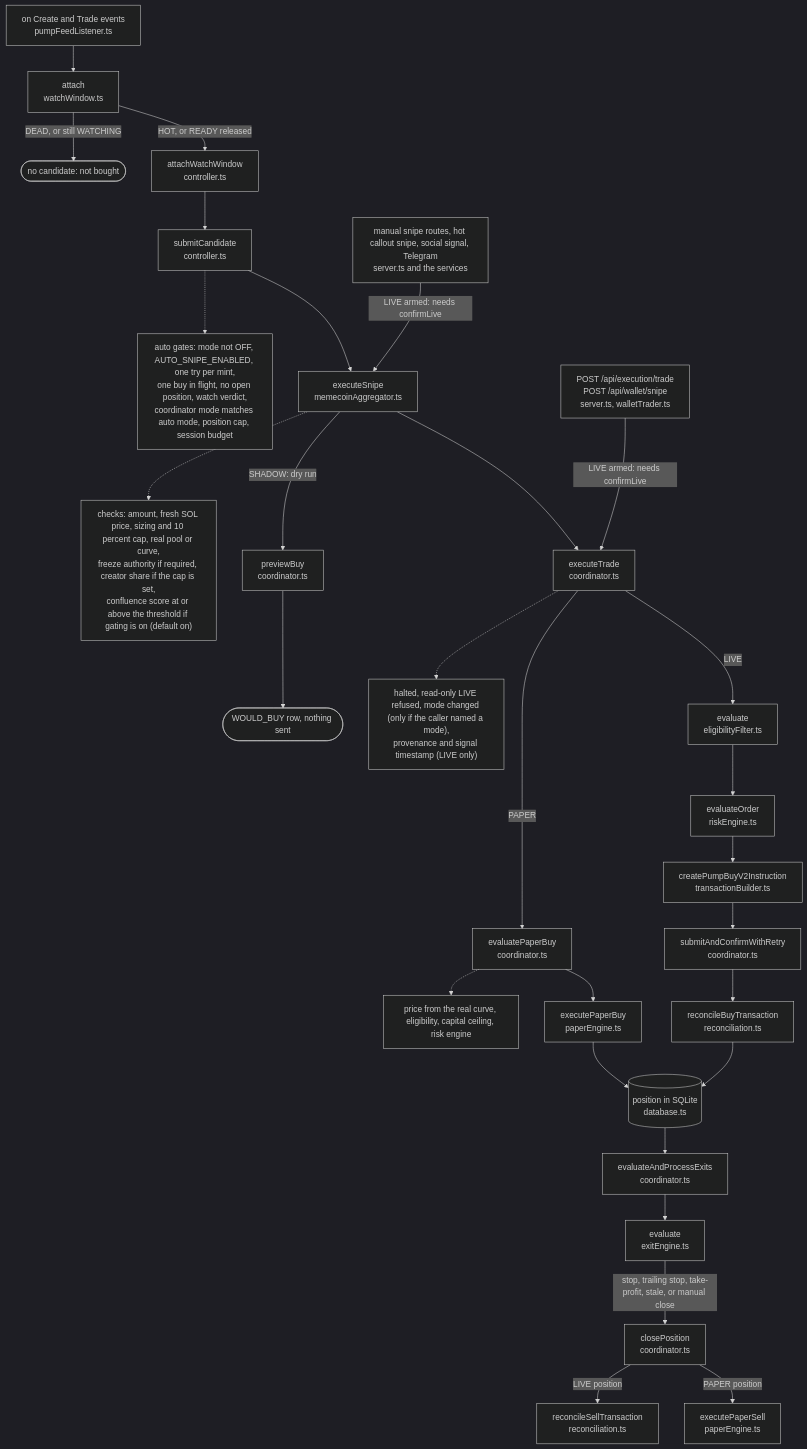
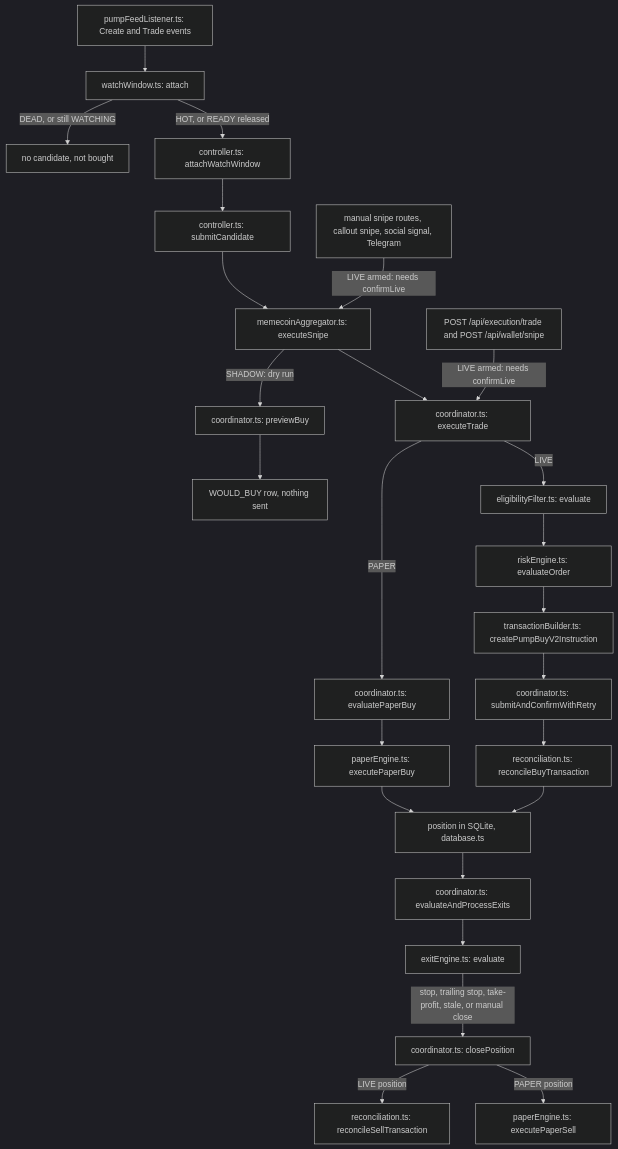
The first of 3 diagrams in docs/ARCHITECTURE.md (ttcdm/hft), drawn with Mermaid (dark theme) before and after one commit. The commit also changed other lines of this file and 5 other files, not shown here.

First line of the commit message:
S221: plainer Mermaid diagrams and a test that parses every diagram in the docs

````diff
--- a/docs/ARCHITECTURE.md
+++ b/docs/ARCHITECTURE.md
@@ -40,31 +40,27 @@
 ```mermaid
 flowchart TD
-  feed["on Create and Trade events<br/>pumpFeedListener.ts"] --> ww["attach<br/>watchWindow.ts"]
-  ww -->|"DEAD, or still WATCHING"| dropped(["no candidate: not bought"])
-  ww -->|"HOT, or READY released"| att["attachWatchWindow<br/>controller.ts"]
-  att --> sub["submitCandidate<br/>controller.ts"]
-  sub -.-> subg["auto gates: mode not OFF, AUTO_SNIPE_ENABLED, one try per mint,<br/>one buy in flight, no open position, watch verdict,<br/>coordinator mode matches auto mode, position cap, session budget"]
-  sub --> snipe["executeSnipe<br/>memecoinAggregator.ts"]
-  manual["manual snipe routes, hot callout snipe, social signal, Telegram<br/>server.ts and the services"] -->|"LIVE armed: needs confirmLive"| snipe
-  snipe -.-> snipeg["checks: amount, fresh SOL price, sizing and 10 percent cap, real pool or curve,<br/>freeze authority if required, creator share if the cap is set,<br/>confluence score at or above the threshold if gating is on (default on)"]
-  snipe -->|"SHADOW: dry run"| prev["previewBuy<br/>coordinator.ts"]
-  prev --> would(["WOULD_BUY row, nothing sent"])
-  snipe --> exec["executeTrade<br/>coordinator.ts"]
-  direct["POST /api/execution/trade<br/>POST /api/wallet/snipe<br/>server.ts, walletTrader.ts"] -->|"LIVE armed: needs confirmLive"| exec
-  exec -.-> execg["halted, read-only LIVE refused, mode changed (only if the caller named a mode),<br/>provenance and signal timestamp (LIVE only)"]
-  exec -->|"PAPER"| pgate["evaluatePaperBuy<br/>coordinator.ts"]
-  pgate -.-> pgateg["price from the real curve, eligibility, capital ceiling, risk engine"]
-  pgate --> pfill["executePaperBuy<br/>paperEngine.ts"]
-  exec -->|"LIVE"| elig["evaluate<br/>eligibilityFilter.ts"]
-  elig --> risk["evaluateOrder<br/>riskEngine.ts"]
-  risk --> build["createPumpBuyV2Instruction<br/>transactionBuilder.ts"]
-  build --> send["submitAndConfirmWithRetry<br/>coordinator.ts"]
-  send --> recon["reconcileBuyTransaction<br/>reconciliation.ts"]
-  pfill --> pos[("position in SQLite<br/>database.ts")]
+  feed["pumpFeedListener.ts: Create and Trade events"] --> ww["watchWindow.ts: attach"]
+  ww -->|"DEAD, or still WATCHING"| dropped["no candidate, not bought"]
+  ww -->|"HOT, or READY released"| att["controller.ts: attachWatchWindow"]
+  att --> sub["controller.ts: submitCandidate"]
+  sub --> snipe["memecoinAggregator.ts: executeSnipe"]
+  manual["manual snipe routes, callout snipe, social signal, Telegram"] -->|"LIVE armed: needs confirmLive"| snipe
+  snipe -->|"SHADOW: dry run"| prev["coordinator.ts: previewBuy"]
+  prev --> would["WOULD_BUY row, nothing sent"]
+  snipe --> exec["coordinator.ts: executeTrade"]
+  direct["POST /api/execution/trade and POST /api/wallet/snipe"] -->|"LIVE armed: needs confirmLive"| exec
+  exec -->|"PAPER"| pgate["coordinator.ts: evaluatePaperBuy"]
+  pgate --> pfill["paperEngine.ts: executePaperBuy"]
+  exec -->|"LIVE"| elig["eligibilityFilter.ts: evaluate"]
+  elig --> risk["riskEngine.ts: evaluateOrder"]
+  risk --> build["transactionBuilder.ts: createPumpBuyV2Instruction"]
+  build --> send["coordinator.ts: submitAndConfirmWithRetry"]
+  send --> recon["reconciliation.ts: reconcileBuyTransaction"]
+  pfill --> pos["position in SQLite, database.ts"]
   recon --> pos
-  pos --> exits["evaluateAndProcessExits<br/>coordinator.ts"]
-  exits --> rule["evaluate<br/>exitEngine.ts"]
-  rule -->|"stop, trailing stop, take-profit, stale, or manual close"| close["closePosition<br/>coordinator.ts"]
-  close -->|"LIVE position"| sell["reconcileSellTransaction<br/>reconciliation.ts"]
-  close -->|"PAPER position"| psell["executePaperSell<br/>paperEngine.ts"]
+  pos --> exits["coordinator.ts: evaluateAndProcessExits"]
+  exits --> rule["exitEngine.ts: evaluate"]
+  rule -->|"stop, trailing stop, take-profit, stale, or manual close"| close["coordinator.ts: closePosition"]
+  close -->|"LIVE position"| sell["reconciliation.ts: reconcileSellTransaction"]
+  close -->|"PAPER position"| psell["paperEngine.ts: executePaperSell"]
 ```
````
